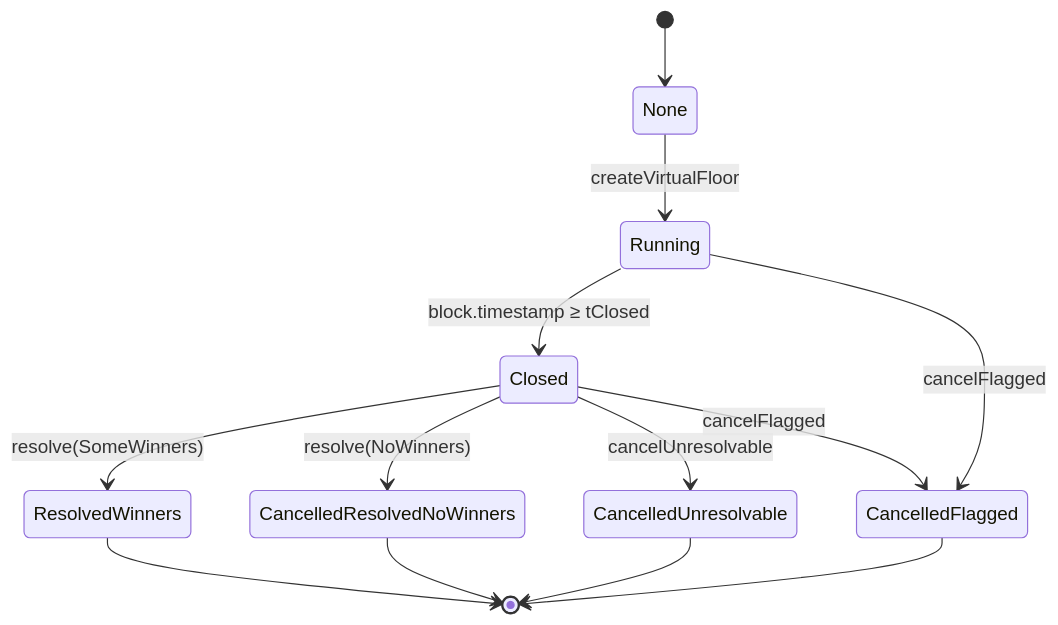
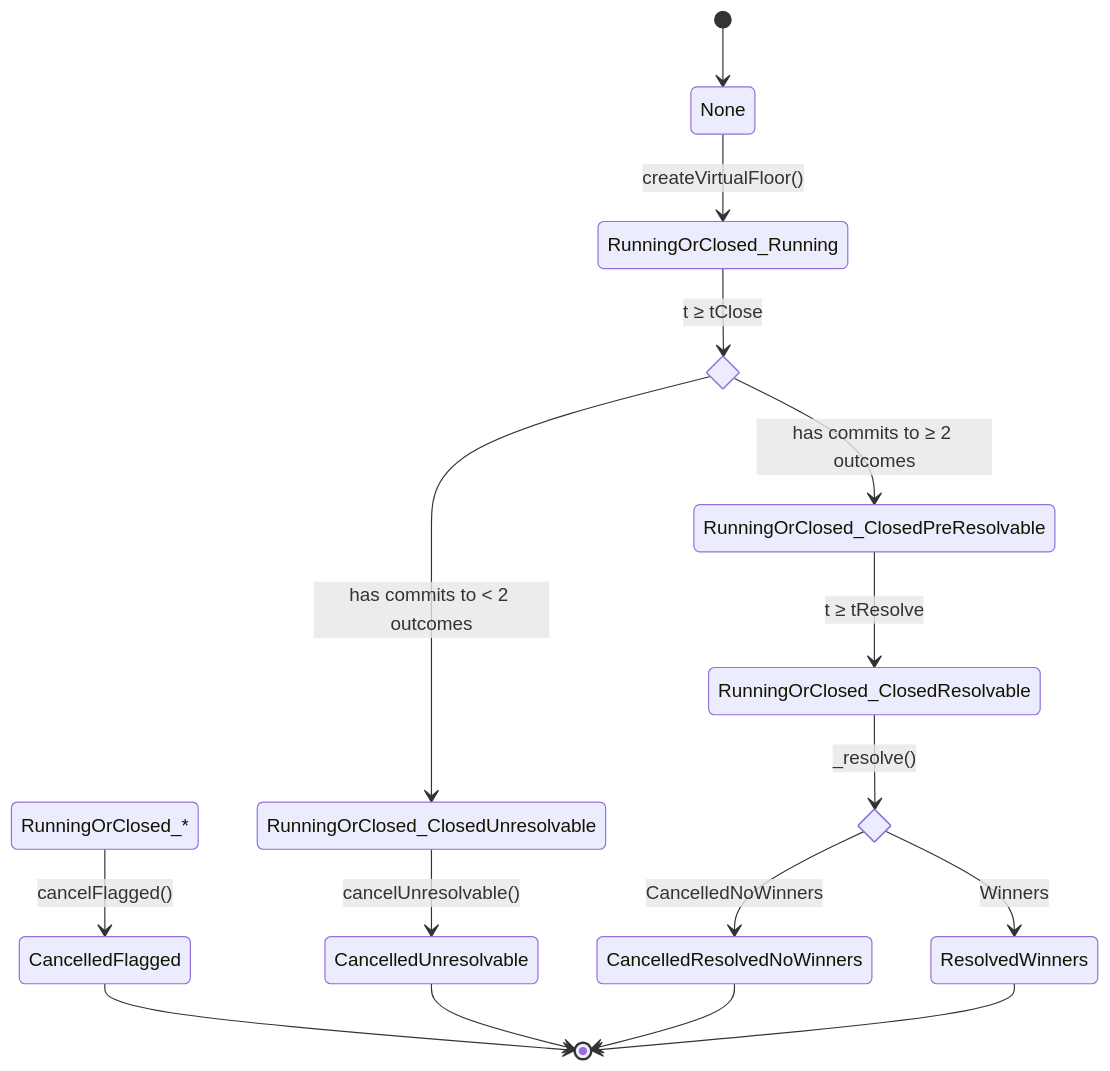
Before and after one commit to 0xsaxit/doubledice: the second of 3 diagrams in platform/docs/STATE.md, drawn with Mermaid. The commit also changed other lines of this file and 1 other file, not shown here.

Commit message:
:memo: Update state diagrams

````diff
--- a/platform/docs/STATE.md
+++ b/platform/docs/STATE.md
@@ -5,15 +30,30 @@
 ```mermaid
 stateDiagram-v2
+    state RunningOrClosed_Closed <<choice>>
+    state resolutionType <<choice>>
     [*] --> None
-    None --> Running: createVirtualFloor
-    Running --> Closed: block.timestamp ≥ tClosed
-    Closed --> ResolvedWinners: resolve(SomeWinners)
-    Closed --> CancelledResolvedNoWinners: resolve(NoWinners)
-    Closed --> CancelledUnresolvable: cancelUnresolvable
-    Running --> CancelledFlagged: cancelFlagged
-    Closed --> CancelledFlagged: cancelFlagged
+
+    None --> RunningOrClosed_Running: createVirtualFloor()
+
+    RunningOrClosed_* --> CancelledFlagged: cancelFlagged()
+
+    RunningOrClosed_Running --> RunningOrClosed_Closed: t ≥ tClose
+    RunningOrClosed_Closed --> RunningOrClosed_ClosedUnresolvable: has commits to < 2 outcomes
+    RunningOrClosed_Closed --> RunningOrClosed_ClosedPreResolvable: has commits to ≥ 2 outcomes
+
+
+    RunningOrClosed_ClosedUnresolvable --> CancelledUnresolvable: cancelUnresolvable()
+    RunningOrClosed_ClosedPreResolvable --> RunningOrClosed_ClosedResolvable: t ≥ tResolve
+
+
+
+    RunningOrClosed_ClosedResolvable --> resolutionType: _resolve()
+    resolutionType --> CancelledResolvedNoWinners: CancelledNoWinners
+    resolutionType --> ResolvedWinners: Winners
+
+
+    CancelledFlagged --> [*]
+    CancelledUnresolvable --> [*]
+    CancelledResolvedNoWinners --> [*]
     ResolvedWinners --> [*]
-    CancelledResolvedNoWinners --> [*]
-    CancelledUnresolvable --> [*]
-    CancelledFlagged --> [*]
 ```
````
